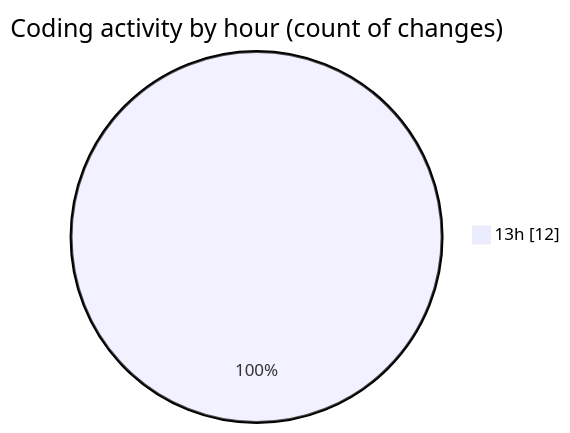
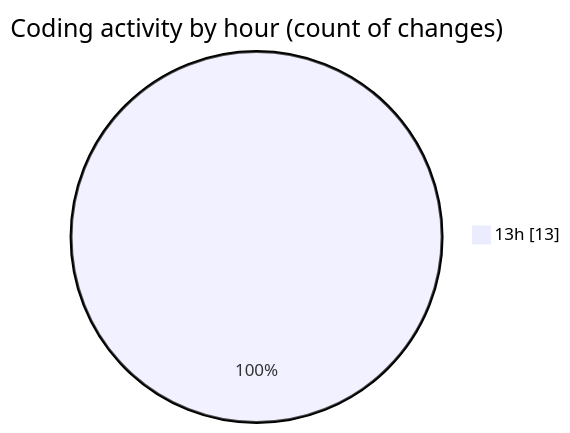
Before and after one commit to donsfak/code-tracking: the second of 2 diagrams in 2025-01-14/trackers_app/README.md, drawn with Mermaid. The commit also changed other lines of this file and 1 other file, not shown here.

````diff
--- a/2025-01-14/trackers_app/README.md
+++ b/2025-01-14/trackers_app/README.md
@@ -32,5 +32,5 @@
 ```mermaid
 pie showData
 title Coding activity by hour (count of changes)
-"13h" : 12
+"13h" : 13
 ```
````
